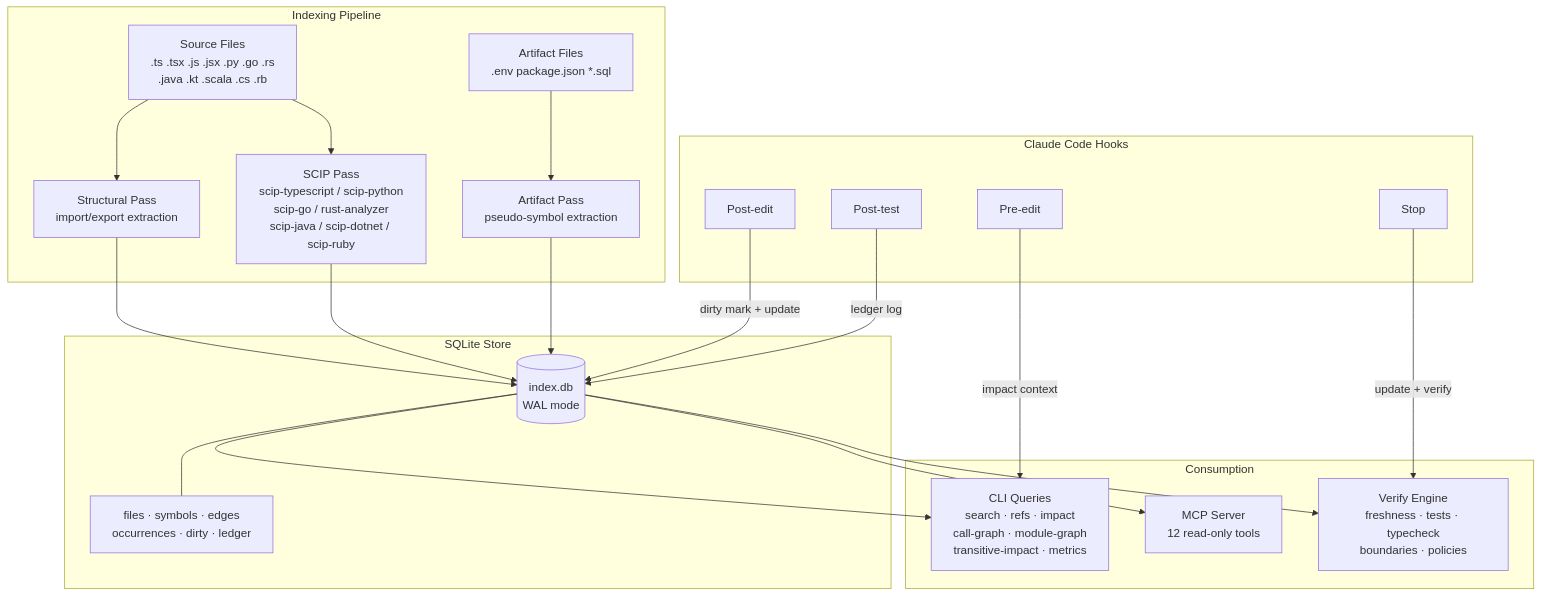
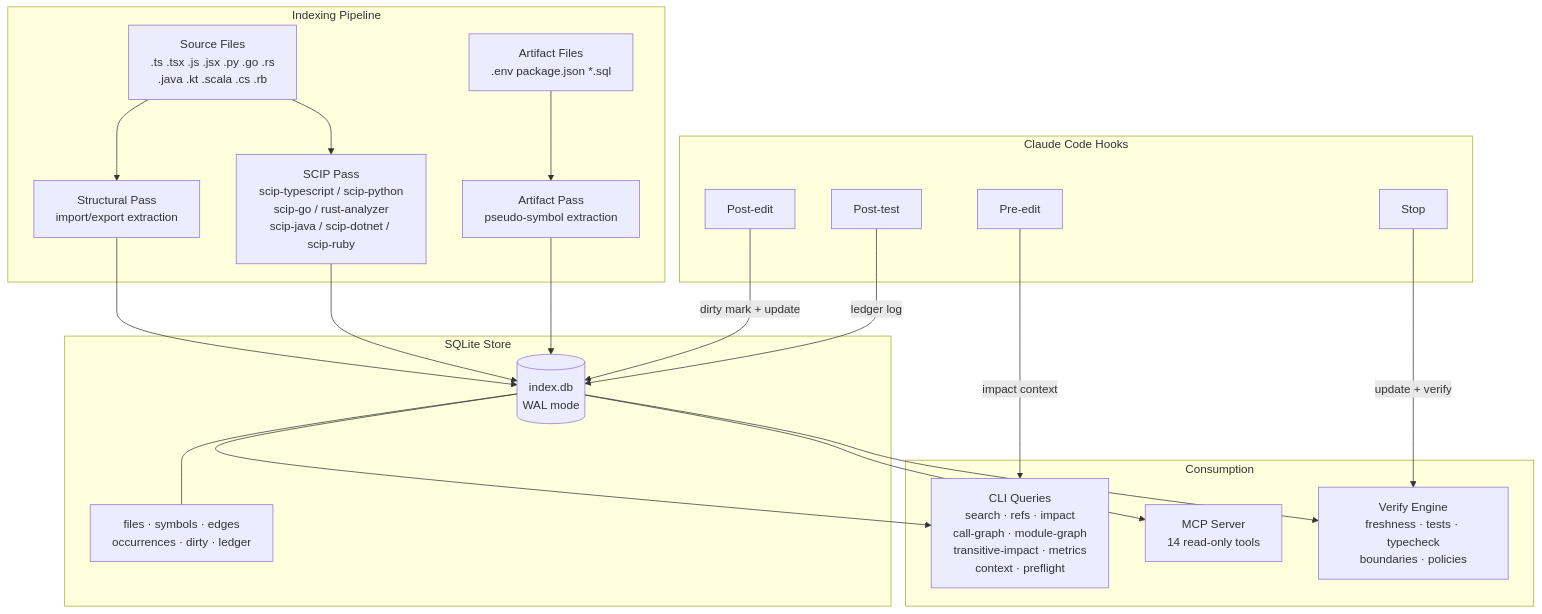
Before and after one commit to simonrueba/repograph: the diagram in README.md, drawn with Mermaid. The commit also changed other lines of this file, not shown here.

First line of the commit message:
docs: update README with new tools, test counts, and architecture

````diff
--- a/README.md
+++ b/README.md
@@ -272,28 +276,28 @@
 ```mermaid
 graph TD
     subgraph Indexing Pipeline
         A[Source Files<br>.ts .tsx .js .jsx .py .go .rs<br>.java .kt .scala .cs .rb] --> B[Structural Pass<br>import/export extraction]
         A --> C[SCIP Pass<br>scip-typescript / scip-python<br>scip-go / rust-analyzer<br>scip-java / scip-dotnet / scip-ruby]
         D[Artifact Files<br>.env package.json *.sql] --> E[Artifact Pass<br>pseudo-symbol extraction]
     end
 
     subgraph SQLite Store
         B --> F[(index.db<br>WAL mode)]
         C --> F
         E --> F
         F --- G[files · symbols · edges<br>occurrences · dirty · ledger]
     end
 
     subgraph Consumption
-        F --> H[CLI Queries<br>search · refs · impact<br>call-graph · module-graph<br>transitive-impact · metrics]
-        F --> I[MCP Server<br>12 read-only tools]
+        F --> H[CLI Queries<br>search · refs · impact<br>call-graph · module-graph<br>transitive-impact · metrics<br>context · preflight]
+        F --> I[MCP Server<br>14 read-only tools]
         F --> J[Verify Engine<br>freshness · tests · typecheck<br>boundaries · policies]
     end
 
     subgraph Claude Code Hooks
         K[Pre-edit] -->|impact context| H
         L[Post-edit] -->|dirty mark + update| F
         M[Post-test] -->|ledger log| F
         N[Stop] -->|update + verify| J
     end
 ```
````
